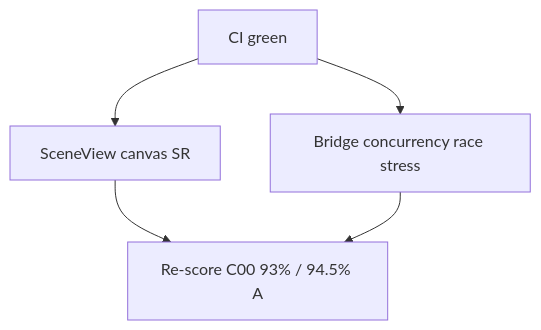
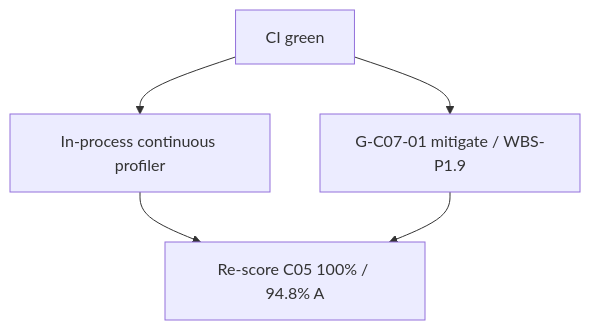
Before and after one commit to KooshaPari/Melosviz: the diagram in docs/WORK_DAG.md, drawn with Mermaid. The commit also changed other lines of this file and 11 other files, not shown here.

First line of the commit message:
feat: continuous in-process profiler + mitigate desktop e2e gap (#148)

````diff
--- a/docs/WORK_DAG.md
+++ b/docs/WORK_DAG.md
@@ -5,7 +5,7 @@
 ```mermaid
 flowchart TD
-  A[CI green] --> B[SceneView canvas SR]
-  A --> C[Bridge concurrency race stress]
-  B --> D[Re-score C00 93% / 94.5% A]
+  A[CI green] --> B[In-process continuous profiler]
+  A --> C[G-C07-01 mitigate / WBS-P1.9]
+  B --> D[Re-score C05 100% / 94.8% A]
   C --> D
 ```
````
